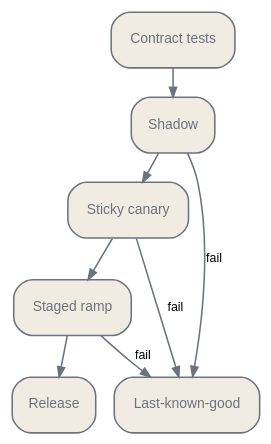
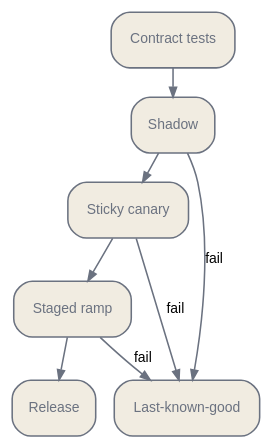
Before and after one commit to latere-ai/ai-as-an-infrastructure: the second of 2 diagrams in en/practice/08-wiring-a-2026-stack.qmd, drawn with Graphviz. The commit also changed other lines of this file and 5 other files, not shown here.

````diff
--- a/en/practice/08-wiring-a-2026-stack.qmd
+++ b/en/practice/08-wiring-a-2026-stack.qmd
@@ -415,20 +397,20 @@
 ```{dot}
 //| label: fig-cutover-path
 //| fig-cap: "A reversible integration cutover. Contract tests precede a side-effect-free shadow, sticky canary, staged ramp, and release. Any failed gate restores the last-known-good manifest."
 digraph {
   bgcolor="transparent"; rankdir=TB; nodesep=0.16; ranksep=0.24;
   node [shape=box, style="rounded,filled", fontname="Helvetica", fontsize=9,
         color="#6b7280", fontcolor="#6b7280", fillcolor="#f1ece1"];
-  edge [fontname="Helvetica", fontsize=8, color="#6b7280", arrowsize=0.65];
+  edge [fontname="Helvetica", fontsize=9, color="#6b7280", arrowsize=0.65];
   tests [label="Contract tests"];
   shadow [label="Shadow"];
   canary [label="Sticky canary"];
   ramp [label="Staged ramp"];
   release [label="Release"];
   lkg [label="Last-known-good"];
   tests -> shadow -> canary -> ramp -> release;
   shadow -> lkg [label="fail"];
   canary -> lkg [label="fail"];
   ramp -> lkg [label="fail"];
 }
 ```
````
